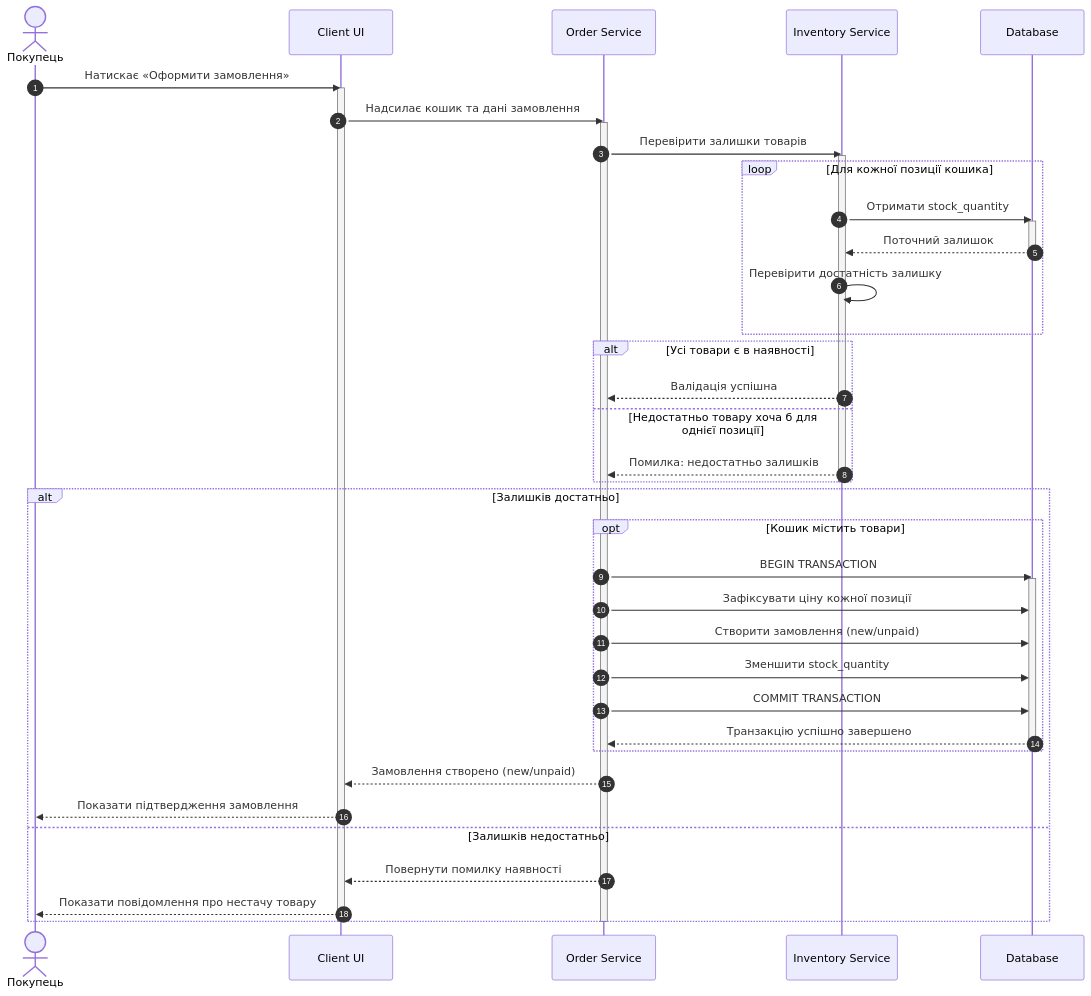
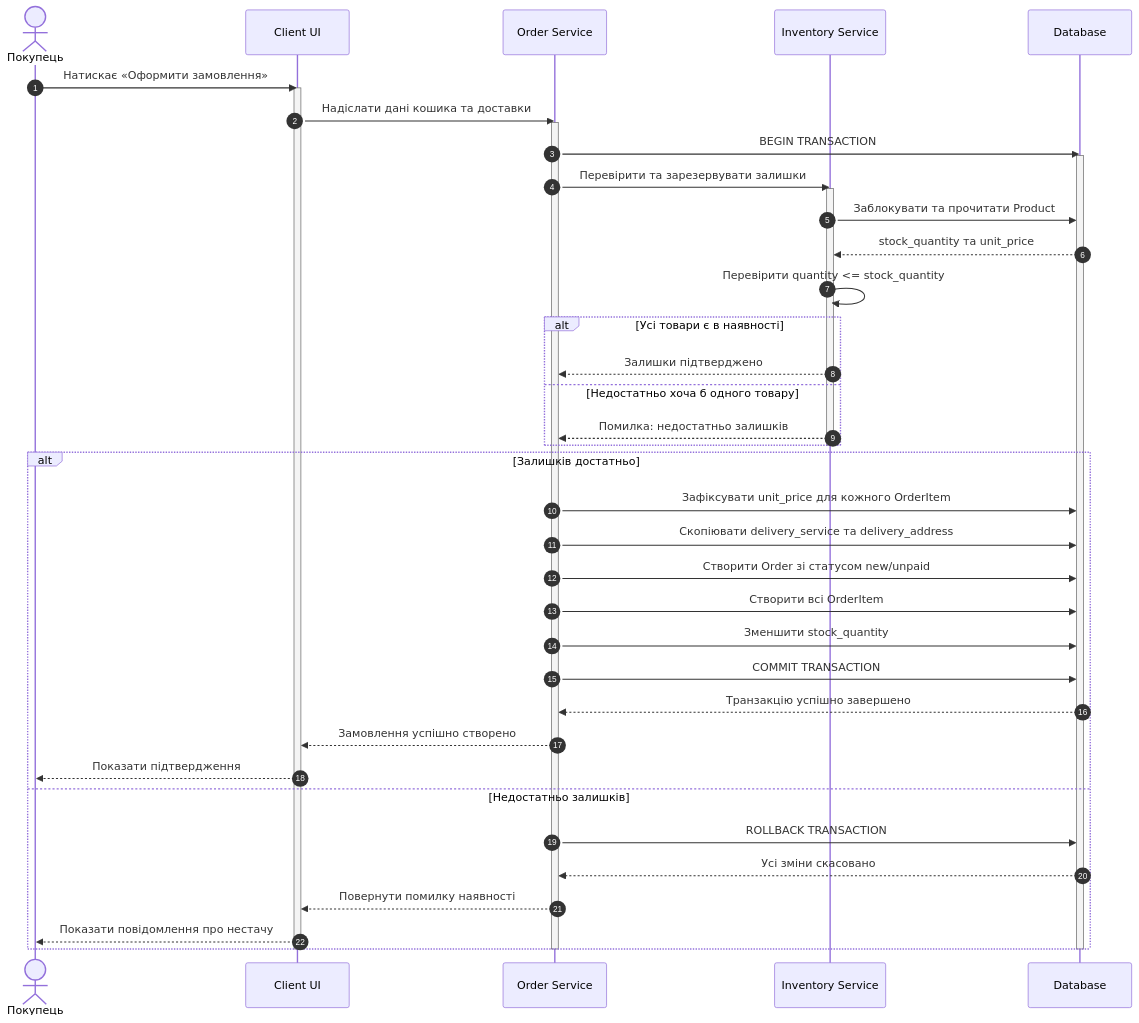
The diagram in scenario/scenario-3-1.mmd (Ro-sya/KPI), drawn with Mermaid before and after one commit. The commit also changed 2 other files, not shown here.

Commit message:
update diagram 3.1 , 3.2 , 5.2

```diff
--- a/scenario/scenario-3-1.mmd
+++ b/scenario/scenario-3-1.mmd
@@ -1,52 +1,49 @@
 sequenceDiagram
     autonumber
     actor Buyer as Покупець
     participant UI as Client UI
     participant OS as Order Service
     participant IS as Inventory Service
     participant DB as Database
 
     Buyer->>UI: Натискає «Оформити замовлення»
     activate UI
-    UI->>OS: Надсилає кошик та дані замовлення
+    UI->>OS: Надіслати дані кошика та доставки
     activate OS
 
-    OS->>IS: Перевірити залишки товарів
+    OS->>DB: BEGIN TRANSACTION
+    activate DB
+
+    OS->>IS: Перевірити та зарезервувати залишки
     activate IS
-
-    loop Для кожної позиції кошика
-        IS->>DB: Отримати stock_quantity
-        activate DB
-        DB-->>IS: Поточний залишок
-        deactivate DB
-        IS->>IS: Перевірити достатність залишку
-    end
+    IS->>DB: Заблокувати та прочитати Product
+    DB-->>IS: stock_quantity та unit_price
+    IS->>IS: Перевірити quantity <= stock_quantity
 
     alt Усі товари є в наявності
-        IS-->>OS: Валідація успішна
-    else Недостатньо товару хоча б для однієї позиції
+        IS-->>OS: Залишки підтверджено
+    else Недостатньо хоча б одного товару
         IS-->>OS: Помилка: недостатньо залишків
     end
     deactivate IS
 
     alt Залишків достатньо
-        opt Кошик містить товари
-            OS->>DB: BEGIN TRANSACTION
-            activate DB
-            OS->>DB: Зафіксувати ціну кожної позиції
-            OS->>DB: Створити замовлення (new/unpaid)
-            OS->>DB: Зменшити stock_quantity
-            OS->>DB: COMMIT TRANSACTION
-            DB-->>OS: Транзакцію успішно завершено
-            deactivate DB
-        end
-
-        OS-->>UI: Замовлення створено (new/unpaid)
-        UI-->>Buyer: Показати підтвердження замовлення
-    else Залишків недостатньо
+        OS->>DB: Зафіксувати unit_price для кожного OrderItem
+        OS->>DB: Скопіювати delivery_service та delivery_address
+        OS->>DB: Створити Order зі статусом new/unpaid
+        OS->>DB: Створити всі OrderItem
+        OS->>DB: Зменшити stock_quantity
+        OS->>DB: COMMIT TRANSACTION
+        DB-->>OS: Транзакцію успішно завершено
+        OS-->>UI: Замовлення успішно створено
+        UI-->>Buyer: Показати підтвердження
+    else Недостатньо залишків
+        OS->>DB: ROLLBACK TRANSACTION
+        DB-->>OS: Усі зміни скасовано
         OS-->>UI: Повернути помилку наявності
-        UI-->>Buyer: Показати повідомлення про нестачу товару
+        UI-->>Buyer: Показати повідомлення про нестачу
     end
 
+    deactivate DB
     deactivate OS
     deactivate UI
```
